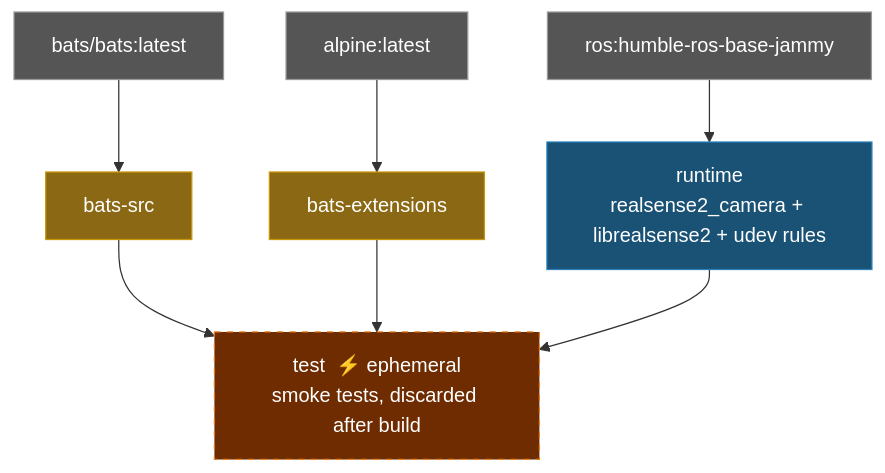
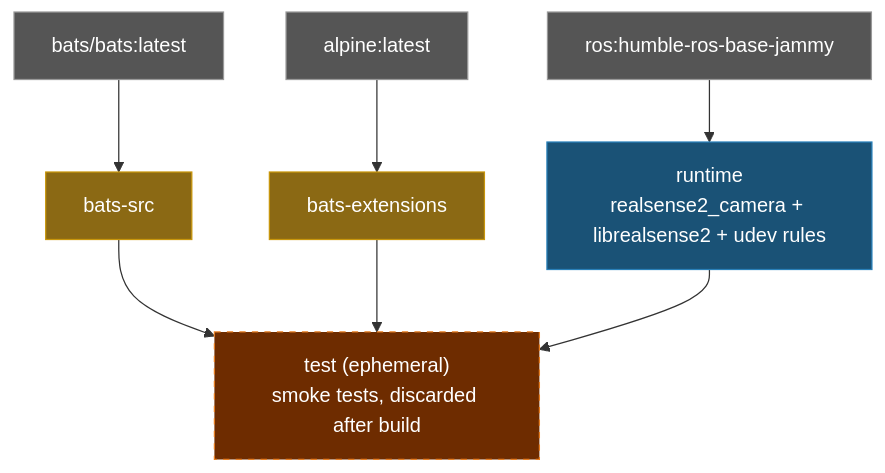
One commit to ycpss91255-docker/realsense_humble changed the diagram in README.md. Above: the diagram before and after it, drawn with Mermaid. The commit also changed 3 other files, not shown here.

Commit message:
docs: remove ⚡ emoji and translate ephemeral in architecture diagrams

````diff
--- a/README.md
+++ b/README.md
@@ -88,20 +88,20 @@
 ```mermaid
 graph TD
     EXT1["bats/bats:latest"]:::external
     EXT2["alpine:latest"]:::external
     EXT3["ros:humble-ros-base-jammy"]:::external
 
     EXT1 --> bats-src["bats-src"]:::tool
     EXT2 --> bats-ext["bats-extensions"]:::tool
 
     EXT3 --> runtime["runtime\nrealsense2_camera + librealsense2 + udev rules"]:::stage
 
-    bats-src --> test["test  ⚡ ephemeral\nsmoke tests, discarded after build"]:::ephemeral
+    bats-src --> test["test (ephemeral)\nsmoke tests, discarded after build"]:::ephemeral
     bats-ext --> test
     runtime --> test
 
     classDef external fill:#555,color:#fff,stroke:#999
     classDef tool fill:#8B6914,color:#fff,stroke:#c8960c
     classDef stage fill:#1a5276,color:#fff,stroke:#2980b9
     classDef ephemeral fill:#6e2c00,color:#fff,stroke:#e67e22,stroke-dasharray:5 5
 ```
````
